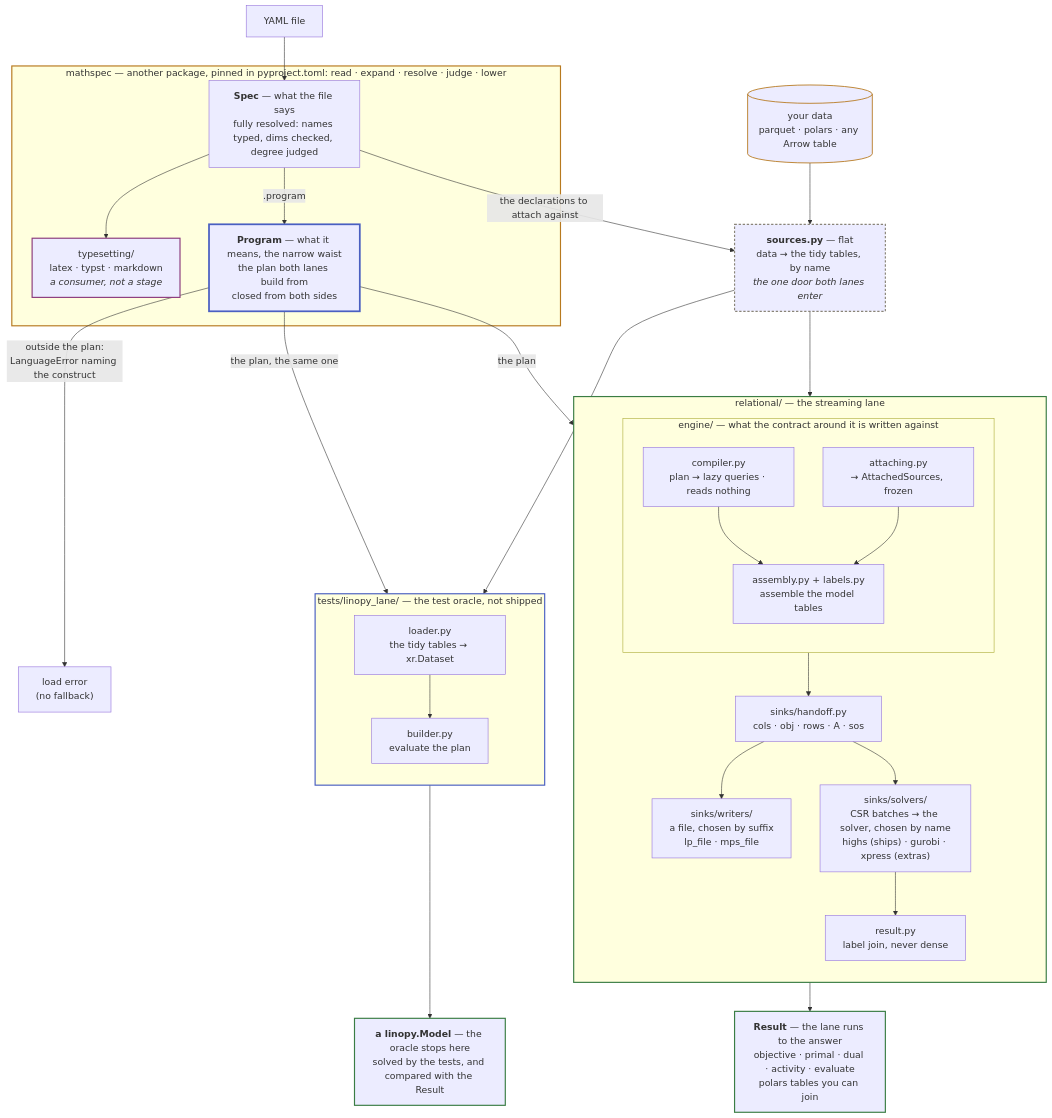
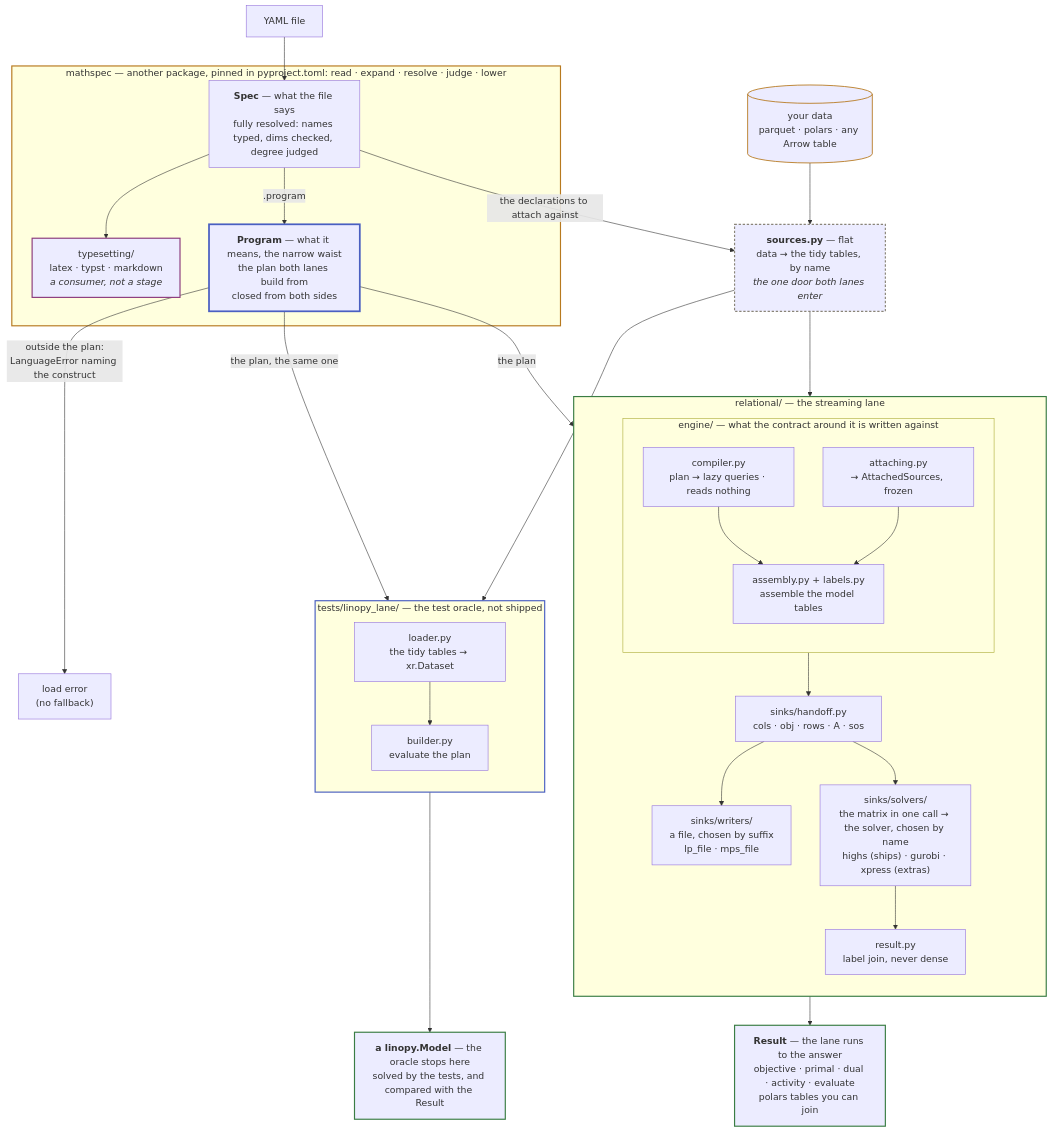
One commit to fluxopt/specsolve changed the first of 2 diagrams in docs/about/architecture.md. Above: the diagram before and after it, drawn with Mermaid. The commit also changed 9 other files, not shown here.

First line of the commit message:
chore(engine): every solver loads its matrix in one call, so the batch_rows parameter goes

````diff
--- a/docs/about/architecture.md
+++ b/docs/about/architecture.md
@@ -62,59 +62,59 @@
 ```mermaid
 flowchart TB
     Y[YAML file] --> SPEC
     DATA[("your data<br/>parquet · polars · any Arrow table")] --> SRC
 
     subgraph MS["mathspec — another package, pinned in pyproject.toml: read · expand · resolve · judge · lower"]
         SPEC["<b>Spec</b> — what the file says<br/>fully resolved: names typed, dims checked, degree judged"]
         SPEC --> TS["typesetting/<br/>latex · typst · markdown<br/><i>a consumer, not a stage</i>"]
         SPEC -->|".program"| PLAN["<b>Program</b> — what it means, the narrow waist<br/>the plan both lanes build from<br/>closed from both sides"]
     end
 
     SPEC -->|"the declarations to attach against"| SRC
     SRC["<b>sources.py</b> — flat<br/>data → the tidy tables, by name<br/><i>the one door both lanes enter</i>"]
 
     PLAN -->|"outside the plan:<br/>LanguageError naming the construct"| ERR["load error<br/>(no fallback)"]
     PLAN -->|"the plan"| COMP
     SRC --> ATTACH
     PLAN -->|"the plan, the same one"| BUILD
     SRC --> LOAD
 
     subgraph REL["relational/ — the streaming lane"]
         direction TB
         subgraph ENG["engine/ — what the contract around it is written against"]
             direction TB
             COMP["compiler.py<br/>plan → lazy queries · reads nothing"] --> ENGINE
             ATTACH["attaching.py<br/>→ AttachedSources, frozen"] --> ENGINE["assembly.py + labels.py<br/>assemble the model tables"]
         end
         ENG --> TABLES["sinks/handoff.py<br/>cols · obj · rows · A · sos"]
         TABLES --> LPS["sinks/writers/<br/>a file, chosen by suffix<br/>lp_file · mps_file"]
-        TABLES --> DIRECT["sinks/solvers/<br/>CSR batches → the solver, chosen by name<br/>highs (ships) · gurobi · xpress (extras)"]
+        TABLES --> DIRECT["sinks/solvers/<br/>the matrix in one call → the solver, chosen by name<br/>highs (ships) · gurobi · xpress (extras)"]
         DIRECT --> SOL["result.py<br/>label join, never dense"]
     end
 
     SOL --> ANS["<b>Result</b> — the lane runs to the answer<br/>objective · primal · dual · activity · evaluate<br/>polars tables you can join"]
 
     subgraph LIN["tests/linopy_lane/ — the test oracle, not shipped"]
         direction TB
         LOAD["loader.py<br/>the tidy tables → xr.Dataset"] --> BUILD["builder.py<br/>evaluate the plan"]
     end
 
     BUILD --> MODEL["<b>a linopy.Model</b> — the oracle stops here<br/>solved by the tests, and compared with the Result"]
 
     classDef laneL stroke:#b7791f,stroke-width:2px
     classDef laneR stroke:#3a7d44,stroke-width:2px
     classDef laneE stroke:#4a5fc1,stroke-width:2px
     classDef laneT stroke:#8b3a7d,stroke-width:2px
     classDef waist stroke:#4a5fc1,stroke-width:3px
     classDef flat stroke:#8a8578,stroke-width:2px,stroke-dasharray:4 3
     classDef data stroke:#b7791f,stroke-width:1.5px
     classDef out stroke:#3a7d44,stroke-width:2px
     class MS laneL
     class REL laneR
     class LIN laneE
     class TS laneT
     class PLAN waist
     class SRC flat
     class DATA data
     class ANS,MODEL out
 ```
````
